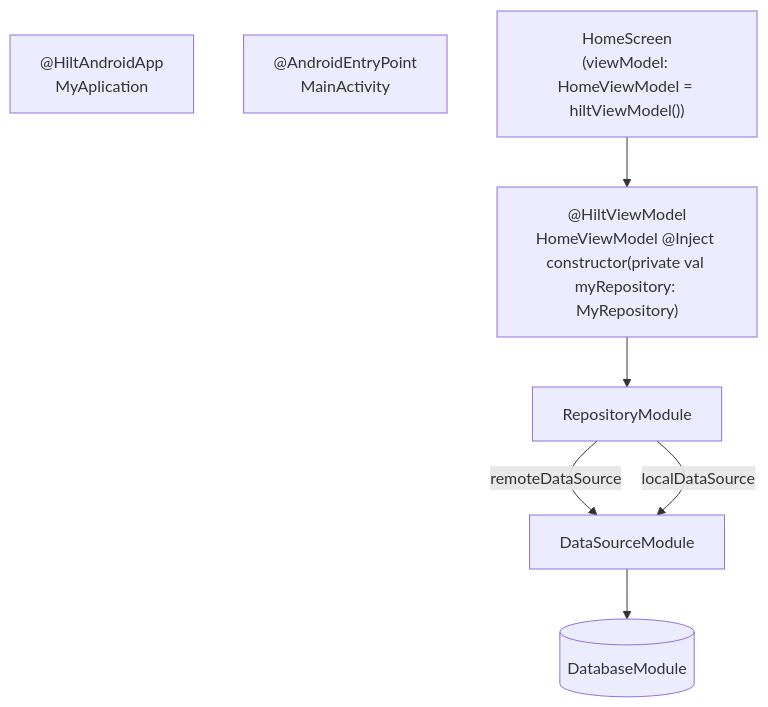
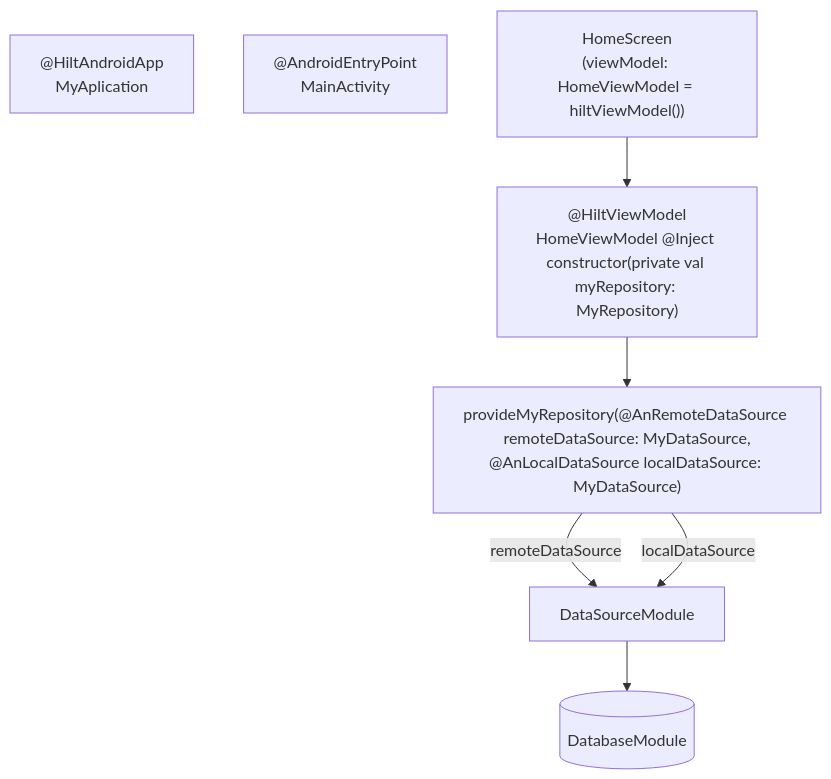
Before and after one commit to Ango1eiro/MySnippets: the diagram in Android/DI/Hilt/HiltComposeExample.md, drawn with Mermaid.

````diff
--- a/Android/DI/Hilt/HiltComposeExample.md
+++ b/Android/DI/Hilt/HiltComposeExample.md
@@ -3,14 +3,14 @@
 ```mermaid
 
 
 
 graph TD;
     MyApplication["@HiltAndroidApp<br>MyAplication"];
     MainActivity["@AndroidEntryPoint<br>MainActivity"];
     HomeScreen["HomeScreen<br>(viewModel: HomeViewModel = hiltViewModel())"]-->HomeViewModel;
     HomeViewModel["@HiltViewModel<br>HomeViewModel @Inject constructor(private val myRepository: MyRepository)"]-->RepositoryModule;
-    RepositoryModule--remoteDataSource-->DataSourceModule;
+    RepositoryModule["provideMyRepository(@AnRemoteDataSource remoteDataSource: MyDataSource,<br>@AnLocalDataSource localDataSource: MyDataSource)"]--remoteDataSource-->DataSourceModule;
     RepositoryModule--localDataSource-->DataSourceModule;
     DataSourceModule-->DatabaseModule[(DatabaseModule)];
 
 ```
````
